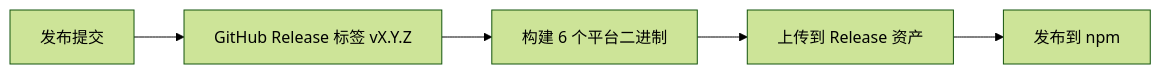
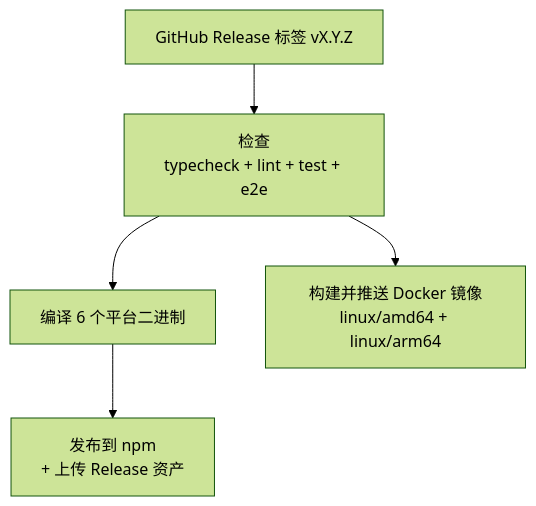
The diagram in wiki/zh/09-deployment/ci-cd.md (zamelee/GodeX), drawn with Mermaid (forest theme) before and after one commit. The commit also changed other lines of this file and 3 other files, not shown here.

````diff
--- a/wiki/zh/09-deployment/ci-cd.md
+++ b/wiki/zh/09-deployment/ci-cd.md
@@ -20,10 +20,15 @@
 ```mermaid
-flowchart LR
-  COMMIT["发布提交"]
+flowchart TB
   TAG["GitHub Release 标签 vX.Y.Z"]
-  BUILD["构建 6 个平台二进制"]
-  UPLOAD["上传到 Release 资产"]
-  PUBLISH["发布到 npm"]
 
-  COMMIT --> TAG --> BUILD --> UPLOAD --> PUBLISH
+  CHECKS["检查<br/>typecheck + lint + test + e2e"]
+
+  COMPILE["编译 6 个平台二进制"]
+  PUBLISH["发布到 npm<br/>+ 上传 Release 资产"]
+  DOCKER["构建并推送 Docker 镜像<br/>linux/amd64 + linux/arm64"]
+
+  TAG --> CHECKS
+  CHECKS --> COMPILE
+  COMPILE --> PUBLISH
+  CHECKS --> DOCKER
 ```
````
